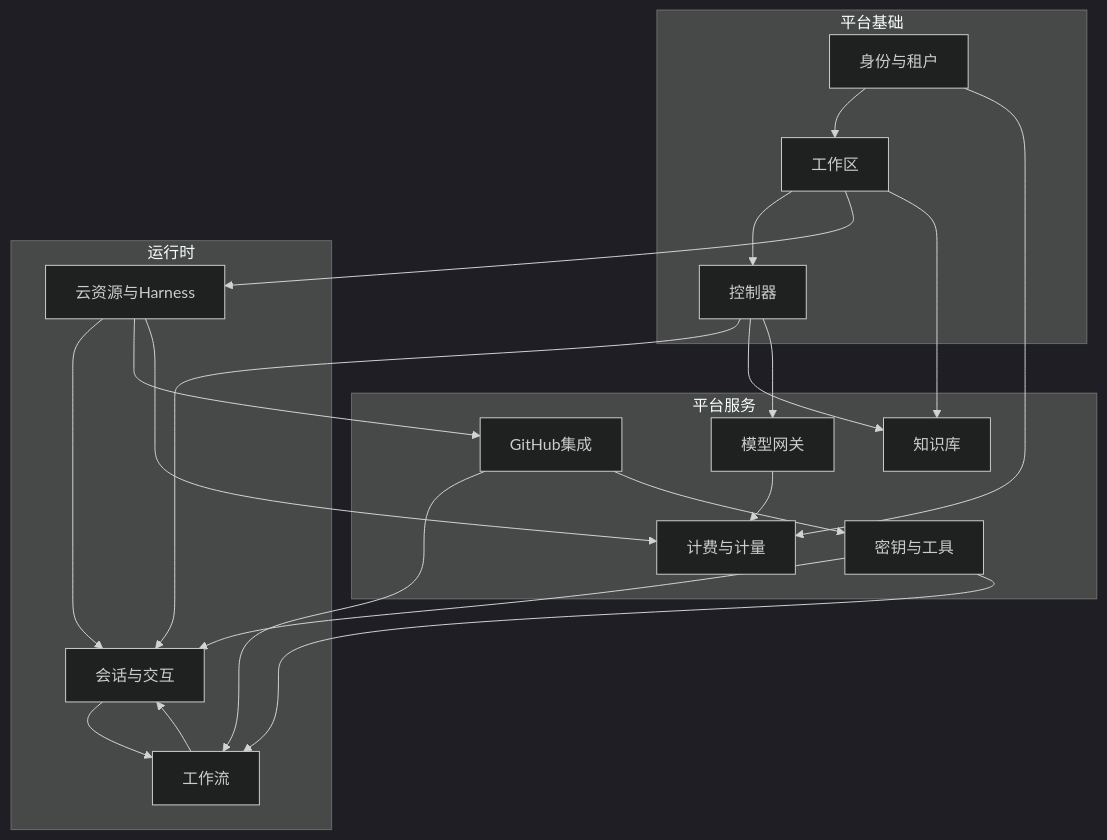
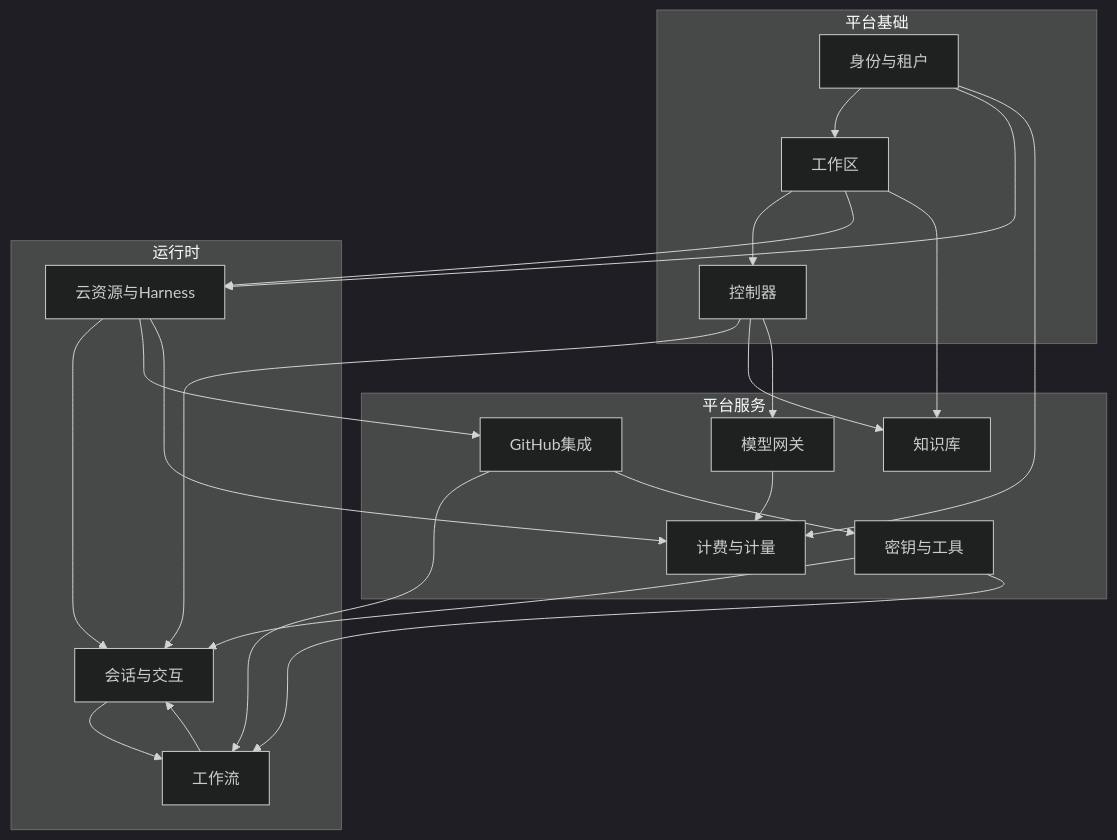
One commit to Deliay/z-agent-gear changed the first of 6 diagrams in docs/knowledges/domain/02-上下文地图.md. Above: the diagram before and after it, drawn with Mermaid (dark theme). The commit also changed other lines of this file and 8 other files, not shown here.

````diff
--- a/docs/knowledges/domain/02-上下文地图.md
+++ b/docs/knowledges/domain/02-上下文地图.md
@@ -12,39 +12,40 @@
 ```mermaid
 flowchart TB
     subgraph 平台基础
         ID[身份与租户]
         WS[工作区]
         CT[控制器]
     end
     subgraph 运行时
         CL[云资源与Harness]
         SE[会话与交互]
         WF[工作流]
     end
     subgraph 平台服务
         GW[模型网关]
         BL[计费与计量]
         KT[密钥与工具]
         KB[知识库]
         GH[GitHub集成]
     end
 
     ID --> WS
     WS --> CT
     WS --> CL
+    ID --> CL
     CT --> SE
     CL --> SE
     SE --> WF
     WF --> SE
     CL --> GH
     GH --> WF
     ID --> BL
     CL --> BL
     GW --> BL
     KT --> SE
     KT --> WF
     WS --> KB
     CT --> KB
     CT --> GW
     GH --> KT
 ```
````
